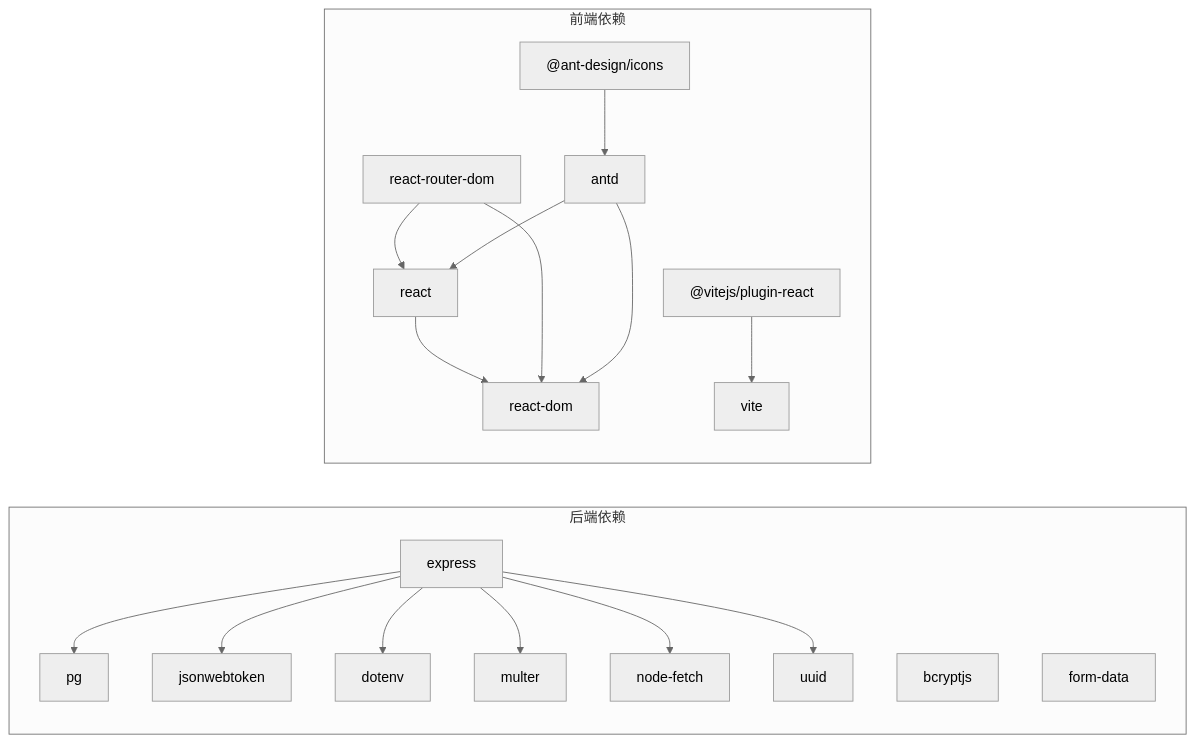
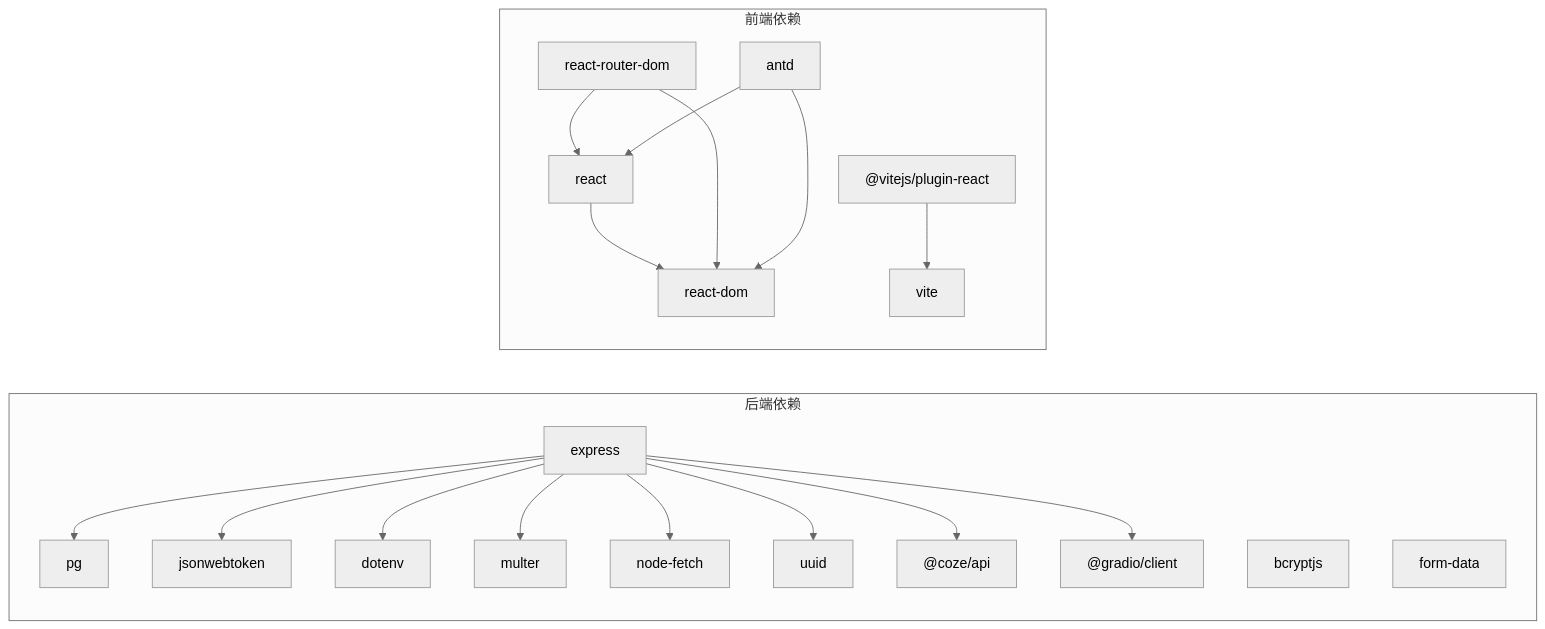
One commit to hanksd769-droid/sailshub changed the third of 5 diagrams in .qoder/repowiki/zh/content/开发指南/调试与故障排除.md. Above: the diagram before and after it, drawn with Mermaid (neutral theme). The commit also changed other lines of this file and 4 other files, not shown here.

````diff
--- a/.qoder/repowiki/zh/content/开发指南/调试与故障排除.md
+++ b/.qoder/repowiki/zh/content/开发指南/调试与故障排除.md
@@ -222,36 +253,38 @@
 ```mermaid
 graph LR
 subgraph "后端依赖"
 EX["express"]
 PG["pg"]
 JWT["jsonwebtoken"]
 BC["bcryptjs"]
 DOT["dotenv"]
 FD["form-data"]
 MF["multer"]
 NF["node-fetch"]
 UUID["uuid"]
+COZE["@coze/api"]
+GRADIO["@gradio/client"]
 end
 subgraph "前端依赖"
 R["react"]
 RD["react-dom"]
-AD["@ant-design/icons"]
 ANTD["antd"]
 RRD["react-router-dom"]
 VR["@vitejs/plugin-react"]
 VT["vite"]
 end
 EX --> PG
 EX --> JWT
 EX --> DOT
 EX --> MF
 EX --> NF
 EX --> UUID
+EX --> COZE
+EX --> GRADIO
 R --> RD
 RRD --> R
 RRD --> RD
 ANTD --> R
 ANTD --> RD
-AD --> ANTD
 VR --> VT
 ```
````
